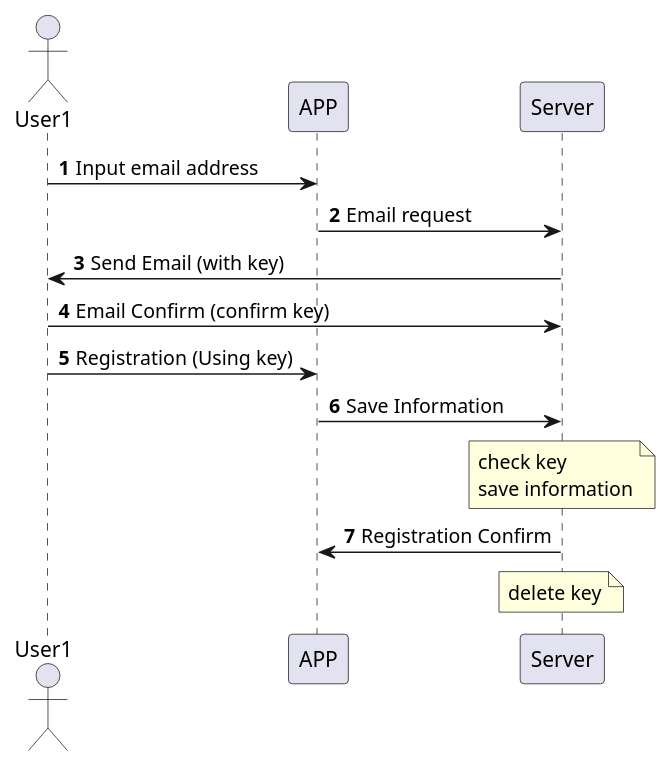
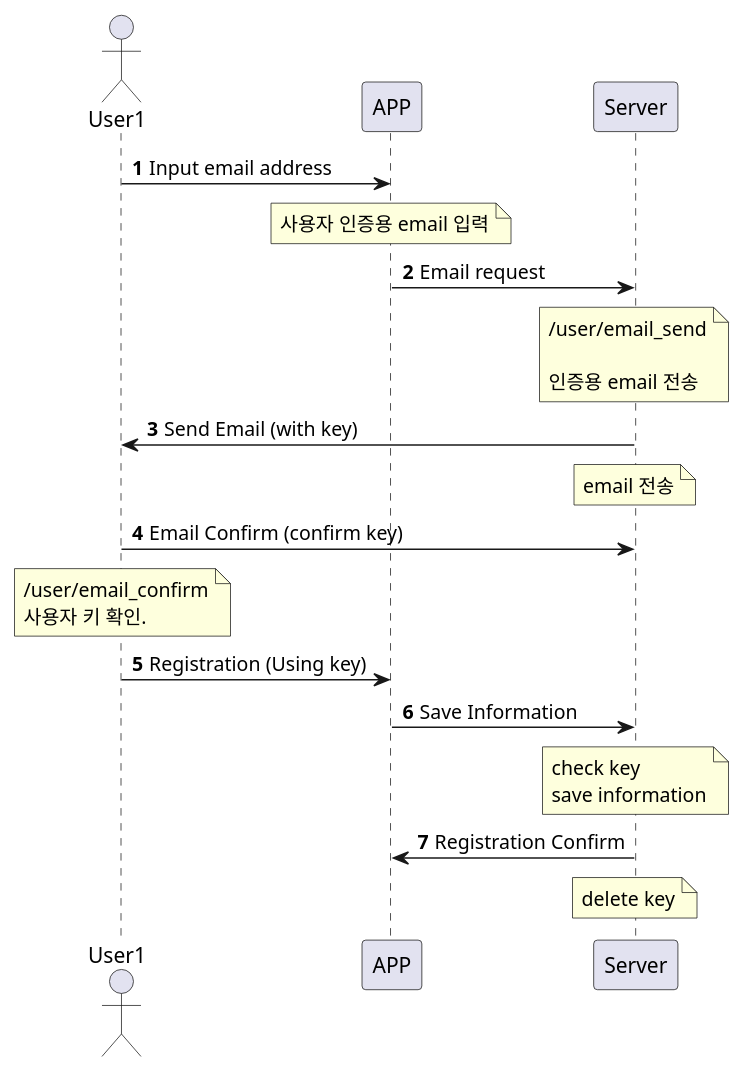
One commit to cyrus-work/bike_api changed the diagram in docs/registration.puml. Above: the diagram before and after it, drawn with PlantUML. The commit also changed 9 other files, not shown here.

```diff
--- a/docs/registration.puml
+++ b/docs/registration.puml
@@ -1,28 +1,44 @@
 @startuml
 'https://plantuml.com/sequence-diagram
 
 autonumber
 
 actor User1
 
 User1 -> APP: Input email address
+note over APP
+    사용자 인증용 email 입력
+end note
 
 APP -> Server : Email request
+note over Server
+    /user/email_send
+
+    인증용 email 전송
+end note
 
 Server -> User1 : Send Email (with key)
+note over Server
+    email 전송
+end note
 
 User1 -> Server : Email Confirm (confirm key)
+note over User1
+    /user/email_confirm
+    사용자 키 확인.
+end note
+
 
 User1 -> APP : Registration (Using key)
 
 APP -> Server : Save Information
 note over Server
     check key
     save information
 end note
 
 Server -> APP : Registration Confirm
 note over Server
     delete key
 end note
 @enduml
```
